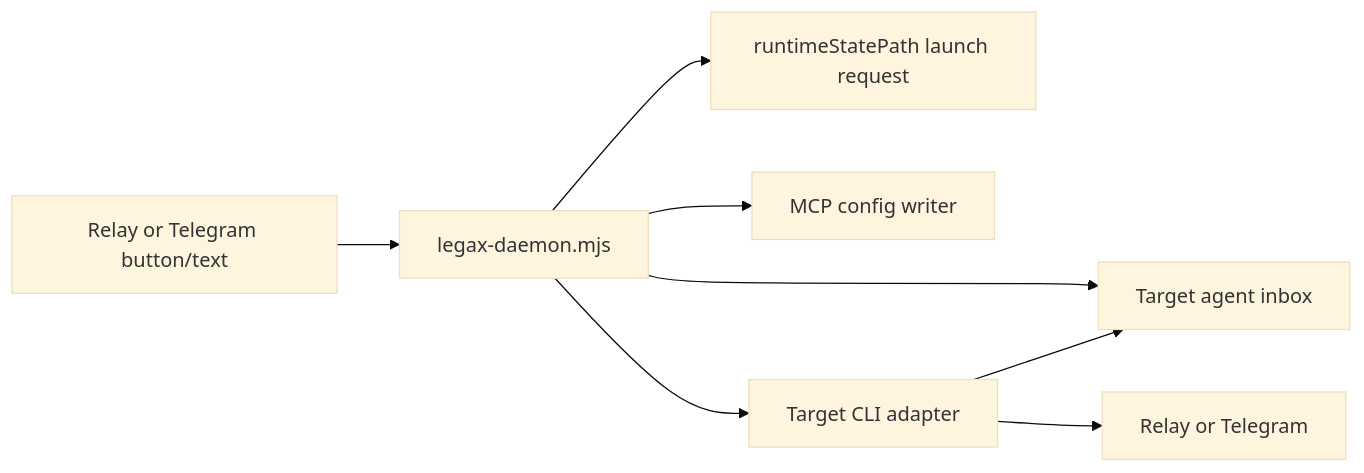
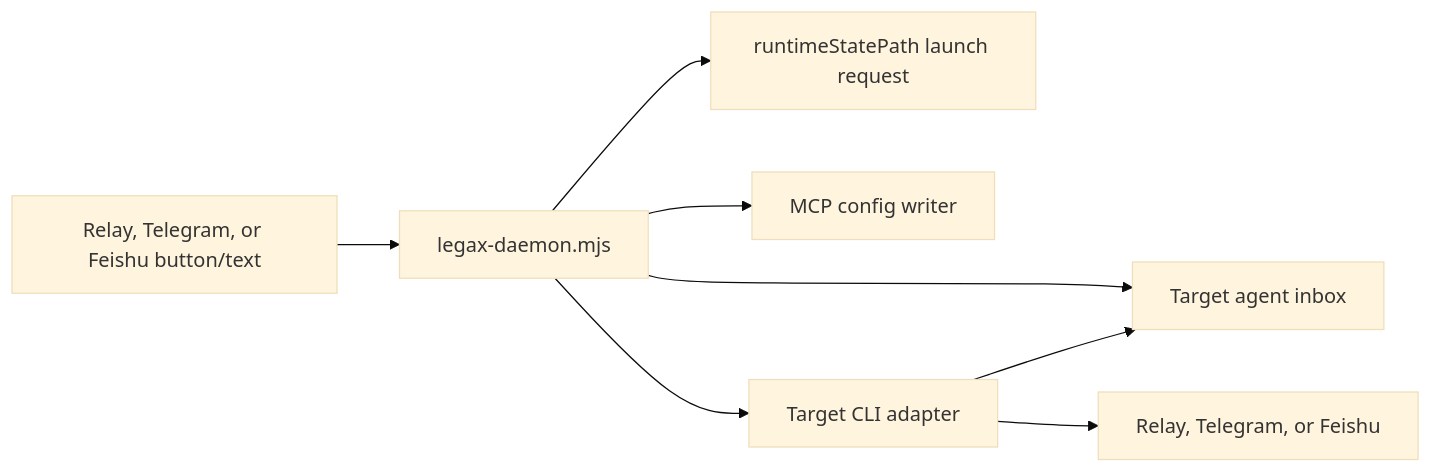
Before and after one commit to zhanex/legax: the sixth of 6 diagrams in docs/ARCHITECTURE.md, drawn with Mermaid (base theme). The commit also changed other lines of this file and 35 other files, not shown here.

Commit message:
feishu: add app bot transport

````diff
--- a/docs/ARCHITECTURE.md
+++ b/docs/ARCHITECTURE.md
@@ -196,10 +199,10 @@
 ```mermaid
 flowchart LR
-  Remote["Relay or Telegram button/text"] --> Daemon["legax-daemon.mjs"]
+  Remote["Relay, Telegram, or Feishu button/text"] --> Daemon["legax-daemon.mjs"]
   Daemon --> State["runtimeStatePath launch request"]
   Daemon --> Inbox["Target agent inbox"]
   Daemon --> MCP["MCP config writer"]
   Daemon --> Adapter["Target CLI adapter"]
   Adapter --> Inbox
-  Adapter --> Transport["Relay or Telegram"]
+  Adapter --> Transport["Relay, Telegram, or Feishu"]
 ```
````
